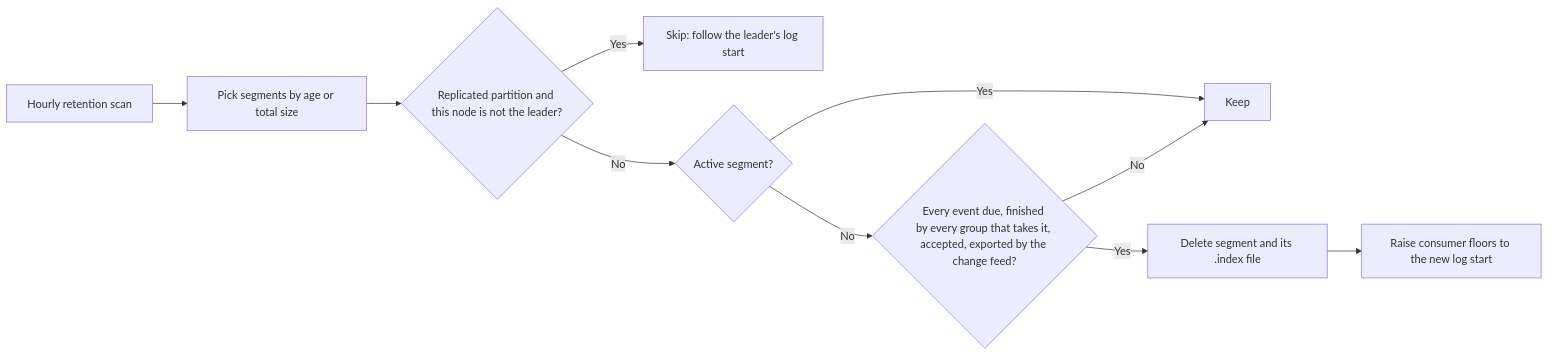
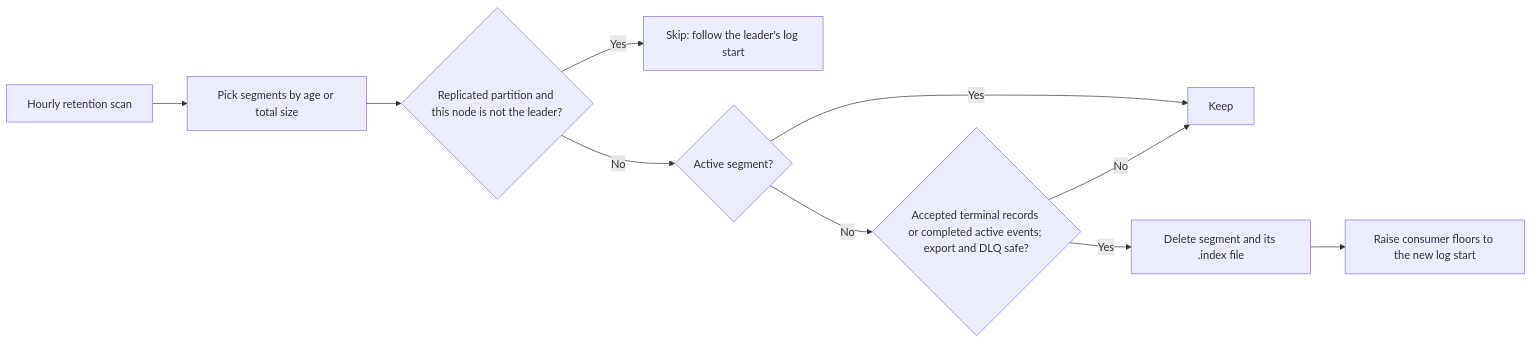
Before and after one commit to jatin711-debug/cronos_db_golang: the ninth of 47 diagrams in ARCHITECTURE.md, drawn with Mermaid. The commit also changed other lines of this file and 39 other files, not shown here.

````diff
--- a/ARCHITECTURE.md
+++ b/ARCHITECTURE.md
@@ -433,12 +440,12 @@
 ```mermaid
 flowchart LR
     A[Hourly retention scan] --> B[Pick segments by age or total size]
     B --> C{Replicated partition and this node is not the leader?}
     C -->|Yes| Z[Skip: follow the leader's log start]
     C -->|No| D{Active segment?}
     D -->|Yes| K[Keep]
-    D -->|No| E{Every event due, finished by every group that takes it, accepted, exported by the change feed?}
+    D -->|No| E{Accepted terminal records or completed active events; export and DLQ safe?}
     E -->|No| K
     E -->|Yes| F[Delete segment and its .index file]
     F --> G[Raise consumer floors to the new log start]
 ```
````
